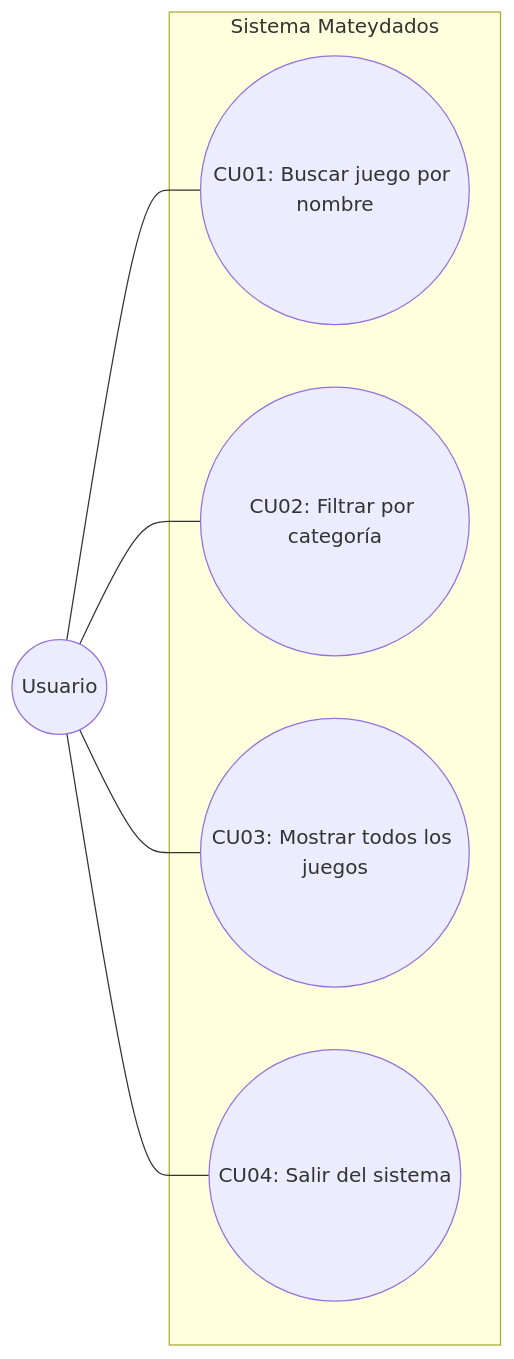
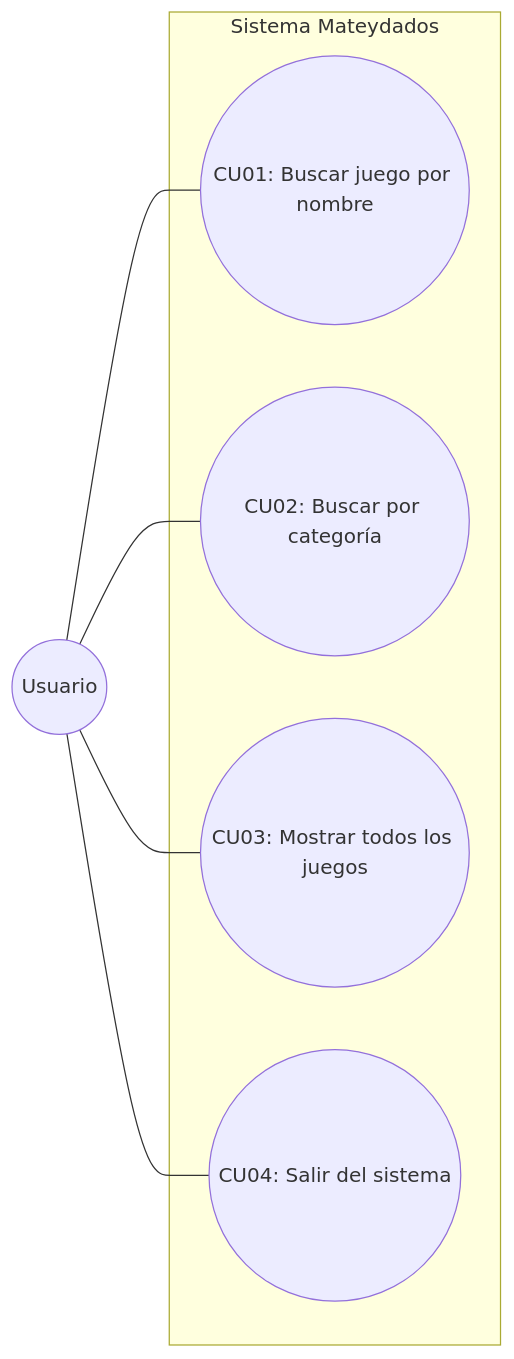
Before and after one commit to jonihauff/Matesydados: the diagram in docs/02-casos-de-uso.md, drawn with Mermaid. The commit also changed other lines of this file and 4 other files, not shown here.

````diff
--- a/docs/02-casos-de-uso.md
+++ b/docs/02-casos-de-uso.md
@@ -5,14 +5,14 @@
 ```mermaid
 graph LR
     subgraph Mateydados ["Sistema Mateydados"]
         CU1(("CU01: Buscar juego por nombre"))
-        CU2(("CU02: Filtrar por categoría"))
+        CU2(("CU02: Buscar por categoría"))
         CU3(("CU03: Mostrar todos los juegos"))
         CU4(("CU04: Salir del sistema"))
     end
 
     Usuario((Usuario)) --- CU1
     Usuario --- CU2
     Usuario --- CU3
     Usuario --- CU4
 ```
````
